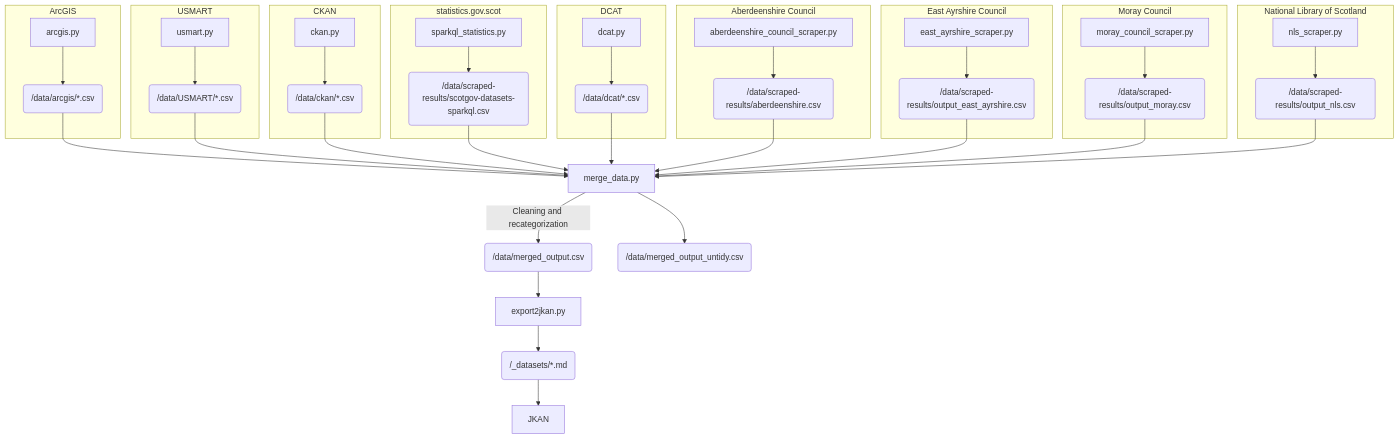
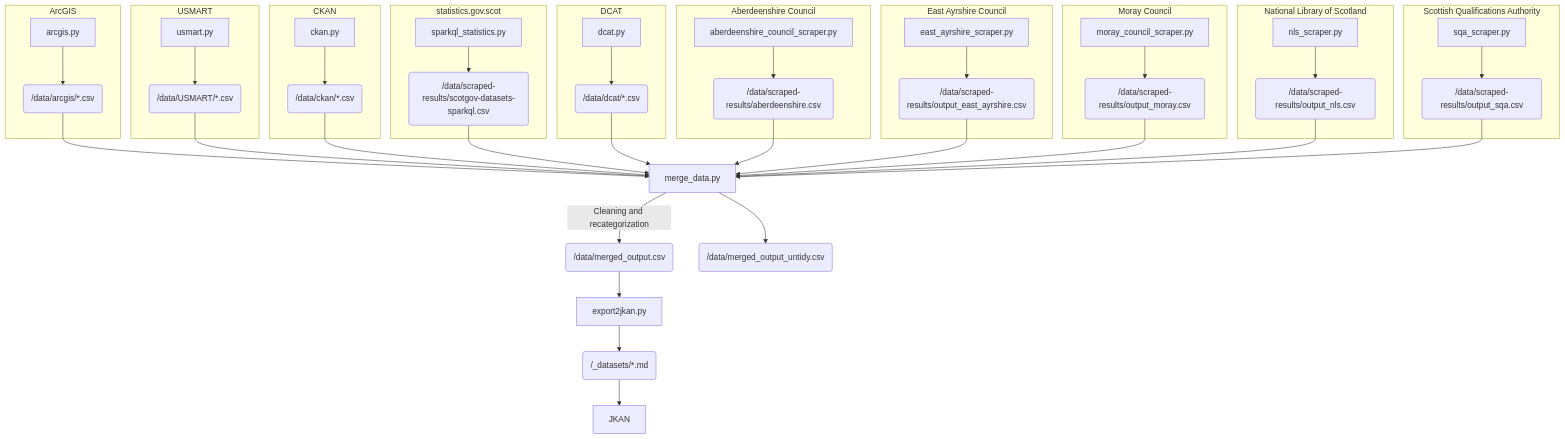
One commit to OpenDataScotland/opendata.scot_docs changed the diagram in docs/architecture/architecture.md. Above: the diagram before and after it, drawn with Mermaid.

Commit message:
included SQA scraper

````diff
--- a/docs/architecture/architecture.md
+++ b/docs/architecture/architecture.md
@@ -6,44 +6,48 @@
 ```mermaid
 graph TD
     subgraph ArcGIS
     arcgis1[arcgis.py] --> arcgis2(/data/arcgis/*.csv)
     end
     subgraph USMART
     usmart1[usmart.py] --> usmart2(/data/USMART/*.csv)
     end
     subgraph CKAN
     ckan1[ckan.py] --> ckan2(/data/ckan/*.csv)
     end
     subgraph statistics.gov.scot
     stats1[sparkql_statistics.py] --> stats2(/data/scraped-results/scotgov-datasets-sparkql.csv)
     end
     subgraph DCAT
     dcat1[dcat.py] --> dcat2(/data/dcat/*.csv)
     end
     subgraph Aberdeenshire Council
     abdn1[aberdeenshire_council_scraper.py] --> abdn2(/data/scraped-results/aberdeenshire.csv)
     end
     subgraph East Ayrshire Council
     ea1[east_ayrshire_scraper.py] --> ea2(/data/scraped-results/output_east_ayrshire.csv)
     end
     subgraph Moray Council
     moray1[moray_council_scraper.py] --> moray2(/data/scraped-results/output_moray.csv)
     end
     subgraph National Library of Scotland
     nls1[nls_scraper.py] --> nls2(/data/scraped-results/output_nls.csv)
     end
+    subgraph Scottish Qualifications Authority
+    sqa1[sqa_scraper.py] --> sqa2(/data/scraped-results/output_sqa.csv)
+    end
     arcgis2 --> merge
     usmart2 --> merge
     ckan2 --> merge
     stats2 --> merge
     dcat2 --> merge
     abdn2 --> merge
     ea2 --> merge
     moray2 --> merge
     nls2 --> merge
+    sqa2 --> merge
     merge[merge_data.py] --Cleaning and recategorization--> merge1(/data/merged_output.csv)
     merge --> merge2(/data/merged_output_untidy.csv)
     merge1 --> export[export2jkan.py]
     export --> jkan1(/_datasets/*.md)
     jkan1 --> jkan2[JKAN]
 ```
````
